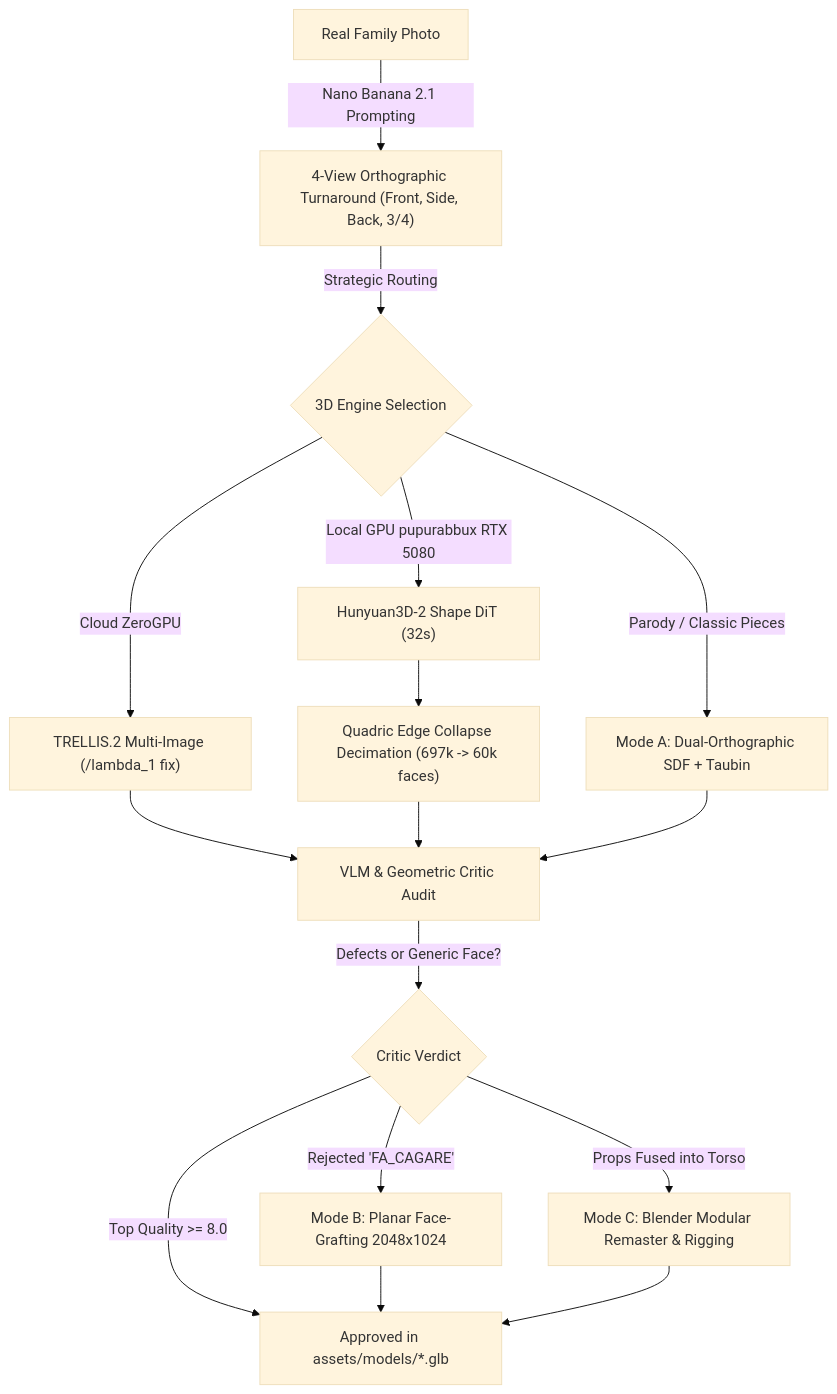
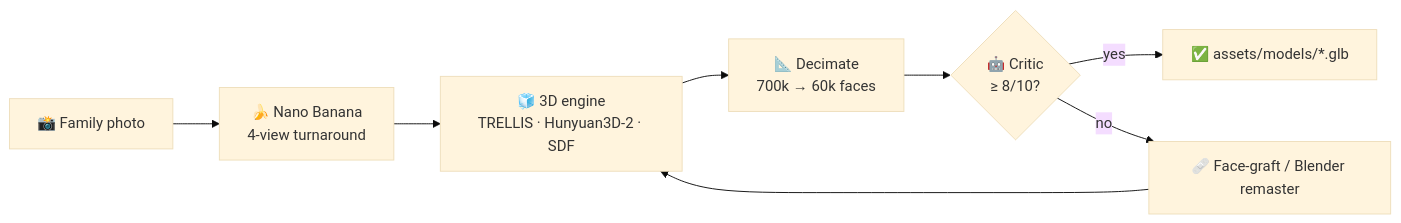
Before and after one commit to palladius/carchess3d: the first of 2 diagrams in article/ARTICLE.md, drawn with Mermaid (base theme). The commit also changed other lines of this file and 10 other files, not shown here.

Commit message:
docs(article): v0.3.96 - review round 2: shorter intro, orbit hero, infographic, one-liner family table, riesling photo

````diff
--- a/article/ARTICLE.md
+++ b/article/ARTICLE.md
@@ -185,18 +160,9 @@
 ```mermaid
-graph TD
-    A["Real Family Photo"] -->|Nano Banana 2.1 Prompting| B["4-View Orthographic Turnaround (Front, Side, Back, 3/4)"]
-    B -->|Strategic Routing| C{"3D Engine Selection"}
-    C -->|Cloud ZeroGPU| D["TRELLIS.2 Multi-Image (/lambda_1 fix)"]
-    C -->|Local GPU pupurabbux RTX 5080| E["Hunyuan3D-2 Shape DiT (32s)"]
-    C -->|Parody / Classic Pieces| F["Mode A: Dual-Orthographic SDF + Taubin"]
-    E --> G["Quadric Edge Collapse Decimation (697k -> 60k faces)"]
-    D --> H["VLM & Geometric Critic Audit"]
-    G --> H
-    F --> H
-    H -->|Defects or Generic Face?| I{"Critic Verdict"}
-    I -->|Top Quality >= 8.0| J["Approved in assets/models/*.glb"]
-    I -->|Rejected 'FA_CAGARE'| K["Mode B: Planar Face-Grafting 2048x1024"]
-    I -->|Props Fused into Torso| L["Mode C: Blender Modular Remaster & Rigging"]
-    K --> J
-    L --> J
+flowchart LR
+    A["📸 Family photo"] --> B["🍌 Nano Banana<br/>4-view turnaround"]
+    B --> C["🧊 3D engine<br/>TRELLIS · Hunyuan3D-2 · SDF"]
+    C --> D["📐 Decimate<br/>700k → 60k faces"]
+    D --> E{"🤖 Critic<br/>≥ 8/10?"}
+    E -->|yes| F["✅ assets/models/*.glb"]
+    E -->|no| G["🩹 Face-graft / Blender remaster"] --> C
 ```
````
